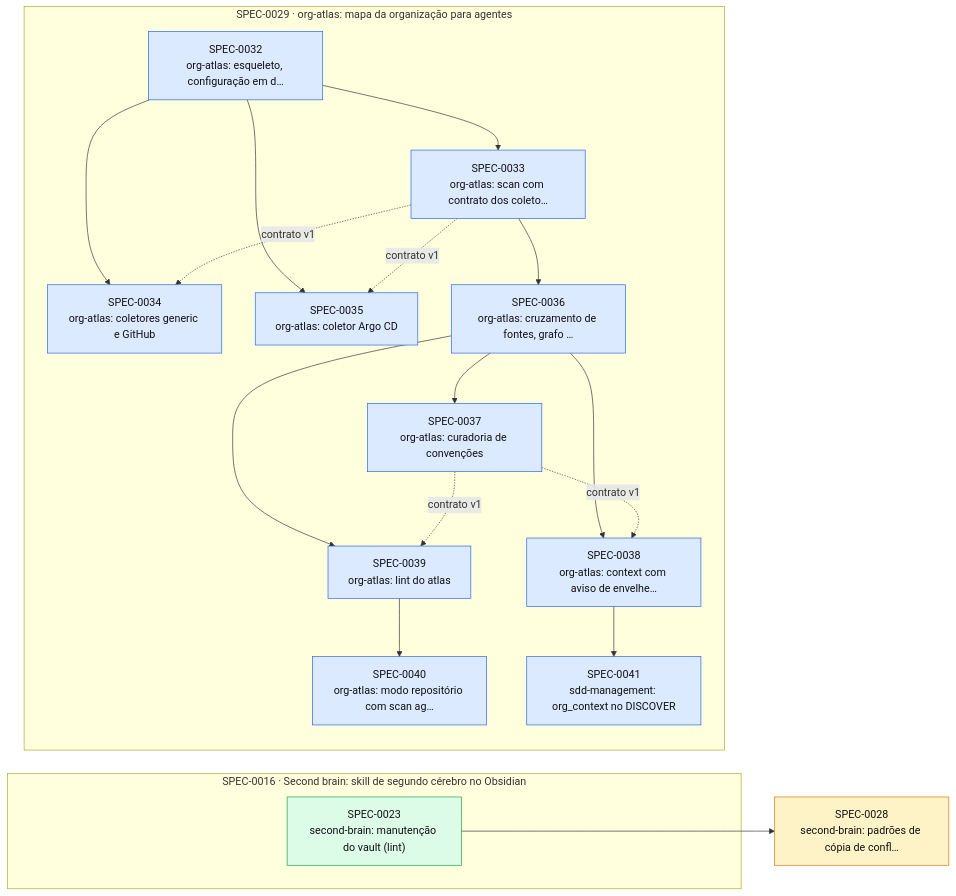
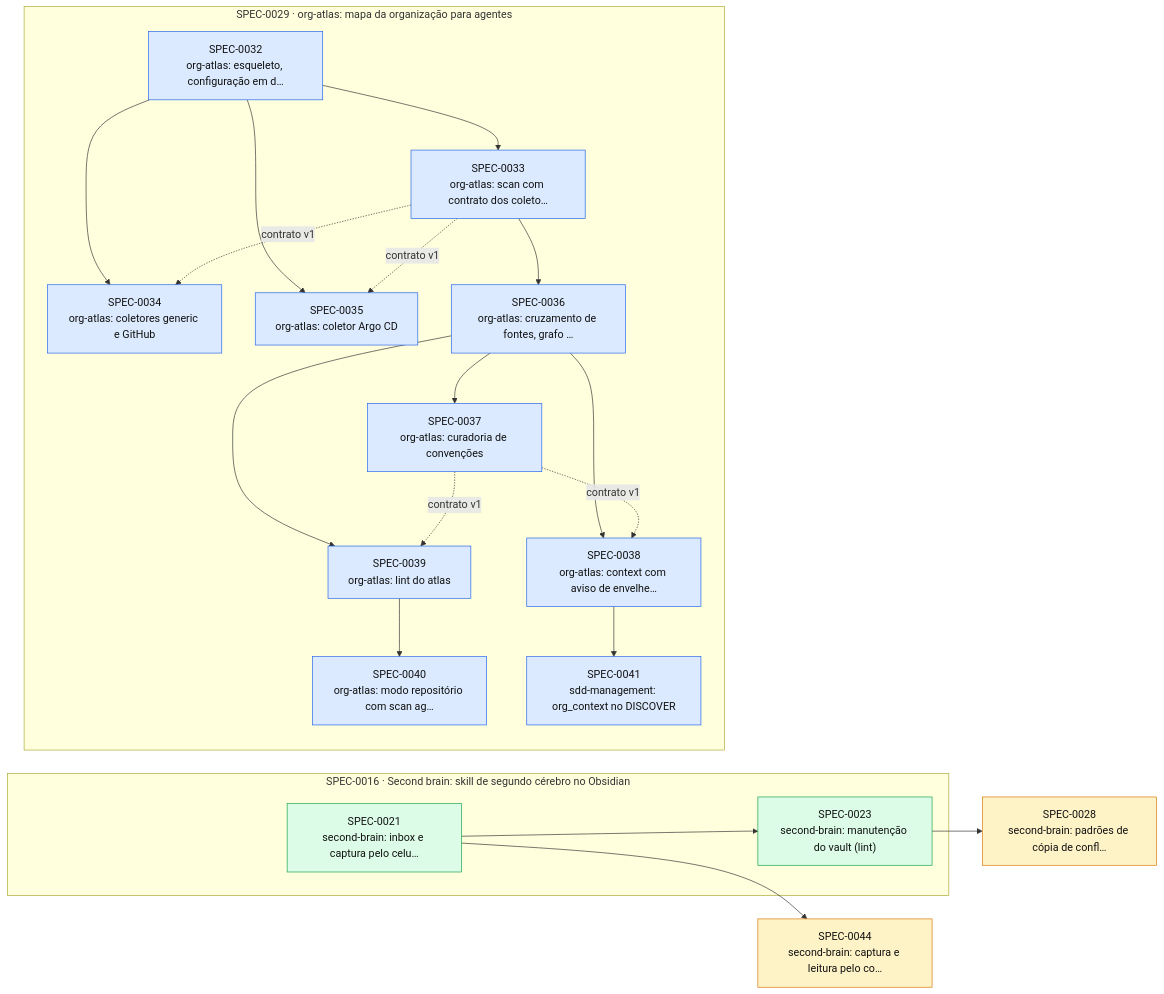
The diagram in docs/specs/INDEX.md (thomasravache/ai-dev-brain), drawn with Mermaid before and after one commit. The commit also changed other lines of this file and 2 other files, not shown here.

First line of the commit message:
docs(specs): SPEC-0044 e ADR-0013 — conector do provedor para captura e leitura

````diff
--- a/docs/specs/INDEX.md
+++ b/docs/specs/INDEX.md
@@ -58,38 +59,42 @@
 ```mermaid
 flowchart LR
   S0028["SPEC-0028<br/>second-brain: padrões de cópia de confl…"]:::proposed
+  S0044["SPEC-0044<br/>second-brain: captura e leitura pelo co…"]:::proposed
   subgraph E0016["SPEC-0016 · Second brain: skill de segundo cérebro no Obsidian"]
+    S0021["SPEC-0021<br/>second-brain: inbox e captura pelo celu…"]:::implemented
     S0023["SPEC-0023<br/>second-brain: manutenção do vault (lint)"]:::implemented
   end
   subgraph E0029["SPEC-0029 · org-atlas: mapa da organização para agentes"]
     S0032["SPEC-0032<br/>org-atlas: esqueleto, configuração em d…"]:::approved
     S0033["SPEC-0033<br/>org-atlas: scan com contrato dos coleto…"]:::approved
     S0034["SPEC-0034<br/>org-atlas: coletores generic e GitHub"]:::approved
     S0035["SPEC-0035<br/>org-atlas: coletor Argo CD"]:::approved
     S0036["SPEC-0036<br/>org-atlas: cruzamento de fontes, grafo …"]:::approved
     S0037["SPEC-0037<br/>org-atlas: curadoria de convenções"]:::approved
     S0038["SPEC-0038<br/>org-atlas: context com aviso de envelhe…"]:::approved
     S0039["SPEC-0039<br/>org-atlas: lint do atlas"]:::approved
     S0040["SPEC-0040<br/>org-atlas: modo repositório com scan ag…"]:::approved
     S0041["SPEC-0041<br/>sdd-management: org_context no DISCOVER"]:::approved
   end
+  S0021 --> S0023
   S0023 --> S0028
   S0032 --> S0033
   S0032 --> S0034
   S0033 -. contrato v1 .-> S0034
   S0032 --> S0035
   S0033 -. contrato v1 .-> S0035
   S0033 --> S0036
   S0036 --> S0037
   S0036 --> S0038
   S0037 -. contrato v1 .-> S0038
   S0036 --> S0039
   S0037 -. contrato v1 .-> S0039
   S0039 --> S0040
   S0038 --> S0041
+  S0021 --> S0044
   classDef proposed fill:#fef3c7,stroke:#d97706,color:#111
   classDef approved fill:#dbeafe,stroke:#2563eb,color:#111
   classDef inprogress fill:#ede9fe,stroke:#7c3aed,color:#111
   classDef implemented fill:#dcfce7,stroke:#16a34a,color:#111
   classDef deprecated fill:#f3f4f6,stroke:#9ca3af,color:#6b7280
 ```
````
